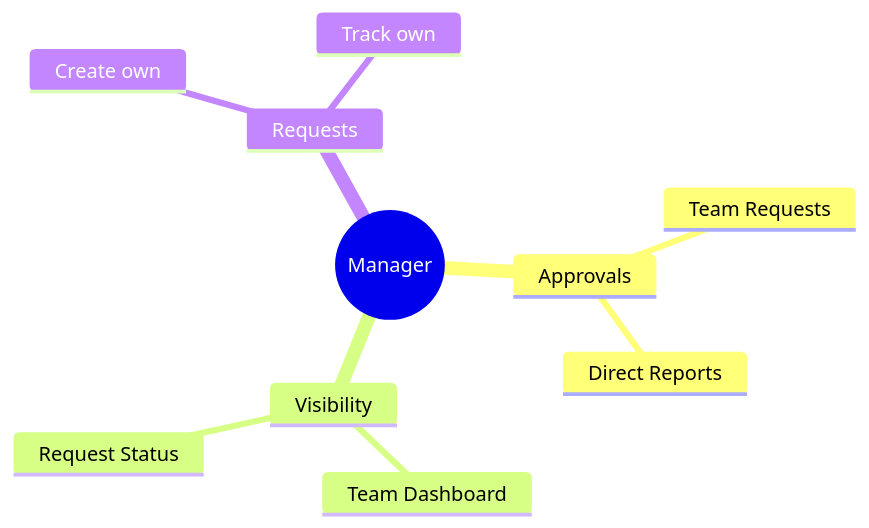
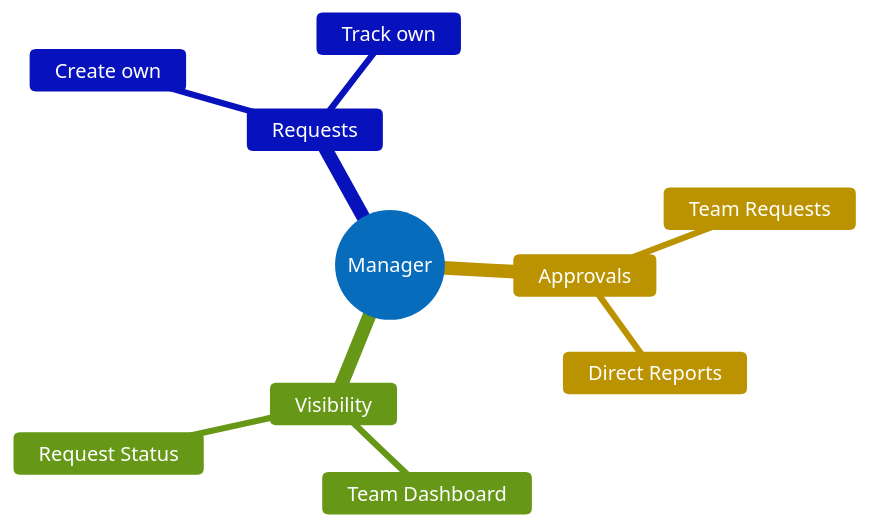
Before and after one commit to hashirali129/FlowManager: the third of 10 diagrams in docs/flows/06-summary.md, drawn with Mermaid. The commit also changed other lines of this file and 2 other files, not shown here.

Commit message:
Fixed error in Flow diagram

````diff
--- a/docs/flows/06-summary.md
+++ b/docs/flows/06-summary.md
@@ -61,13 +63,14 @@
 ```mermaid
+%%{init: {'theme':'base', 'themeVariables': { 'primaryColor':'#4dabf7', 'primaryTextColor':'#fff', 'primaryBorderColor':'#1971c2', 'lineColor':'#868e96', 'secondaryColor':'#ffd43b', 'tertiaryColor':'#a9e34b'}}}%%
 mindmap
   root((Manager))
     Approvals
       Team Requests
       Direct Reports
     Visibility
       Team Dashboard
       Request Status
     Requests
       Create own
       Track own
 ```
````
